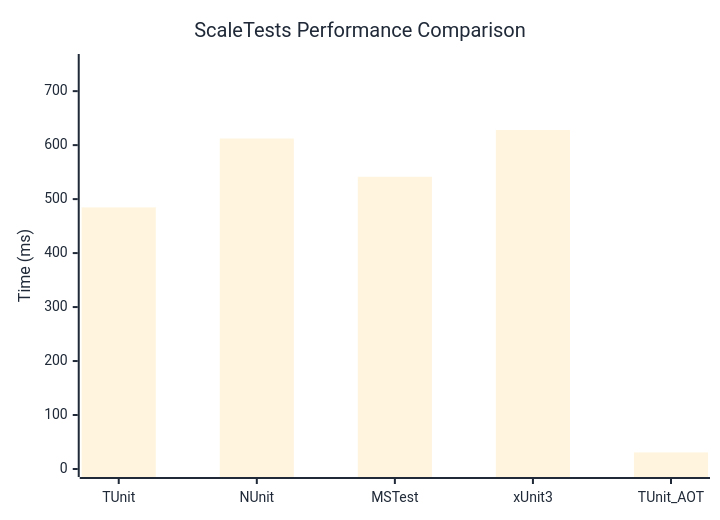
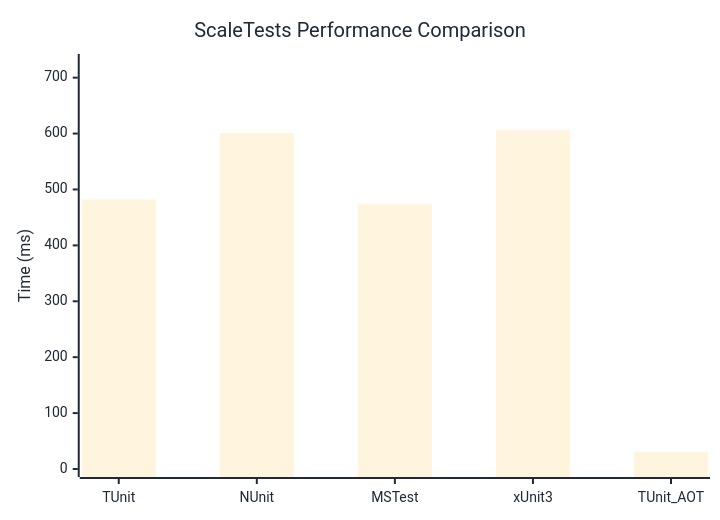
Before and after one commit to thomhurst/TUnit: the diagram in docs/docs/benchmarks/ScaleTests.md, drawn with Mermaid. The commit also changed other lines of this file and 17 other files, not shown here.

````diff
--- a/docs/docs/benchmarks/ScaleTests.md
+++ b/docs/docs/benchmarks/ScaleTests.md
@@ -27,37 +27,37 @@
 ```mermaid
 %%{init: {
   'theme':'base',
   'themeVariables': {
     'primaryColor': '#2563eb',
     'primaryTextColor': '#1f2937',
     'primaryBorderColor': '#1e40af',
     'lineColor': '#6b7280',
     'secondaryColor': '#7c3aed',
     'tertiaryColor': '#dc2626',
     'background': '#ffffff',
     'mainBkg': '#2563eb',
     'secondBkg': '#7c3aed',
     'tertiaryBkg': '#dc2626',
     'clusterBkg': '#f3f4f6',
     'edgeLabelBackground': '#ffffff',
     'tertiaryTextColor': '#1f2937',
     'pie1': '#2563eb',
     'pie2': '#7c3aed',
     'pie3': '#dc2626',
     'pie4': '#f59e0b',
     'pie5': '#10b981',
     'pie6': '#06b6d4',
     'pie7': '#ec4899',
     'pie8': '#6366f1',
     'pie9': '#84cc16',
     'pie10': '#f97316',
     'pie11': '#14b8a6',
     'pie12': '#a855f7'
   }
 }}%%
 xychart-beta
   title "ScaleTests Performance Comparison"
   x-axis ["TUnit", "NUnit", "MSTest", "xUnit3", "TUnit_AOT"]
-  y-axis "Time (ms)" 0 --> 754
-  bar [484.56, 612.16, 541.33, 628.04, 30.7]
+  y-axis "Time (ms)" 0 --> 728
+  bar [482.09, 601.13, 473.36, 606, 30.96]
 ```
````
